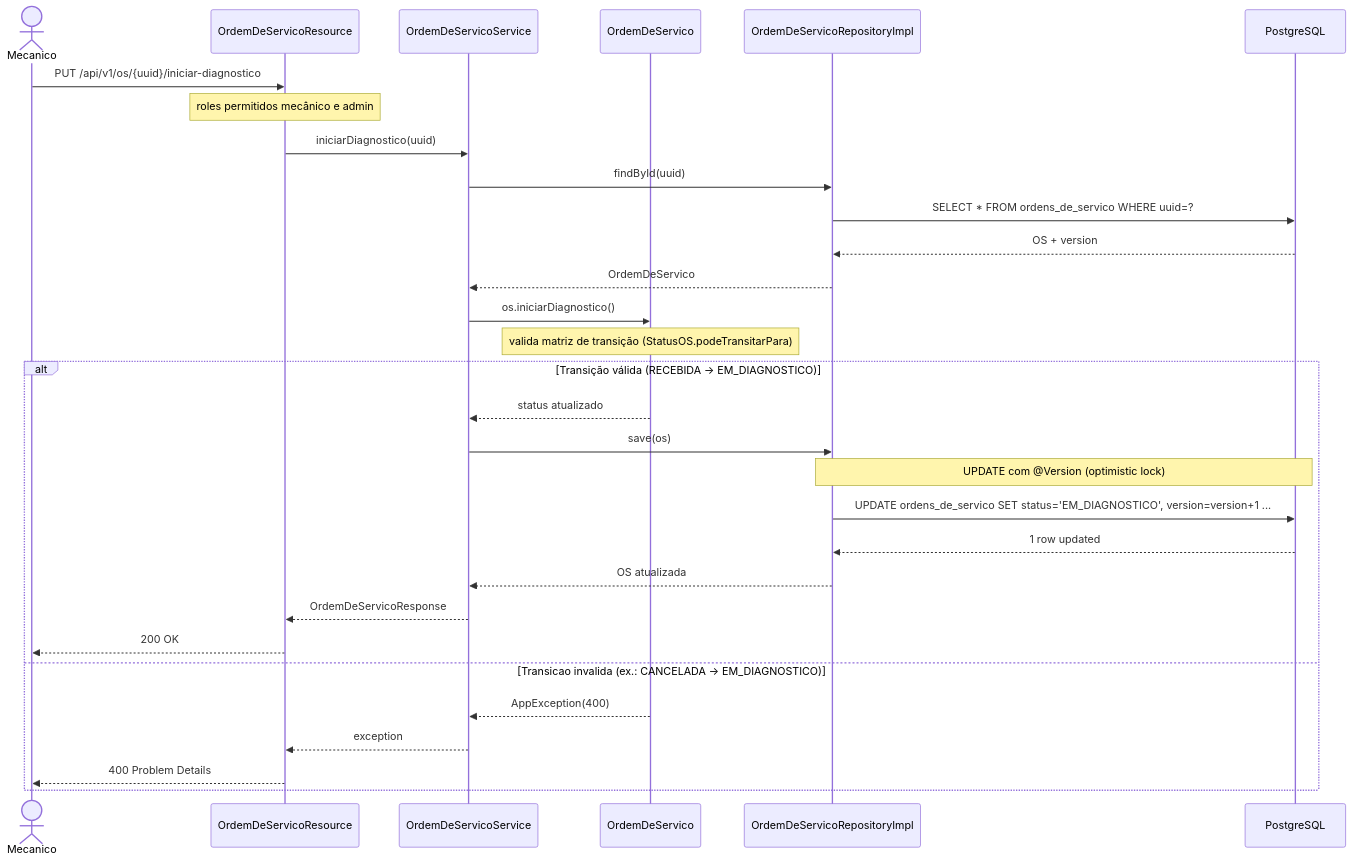
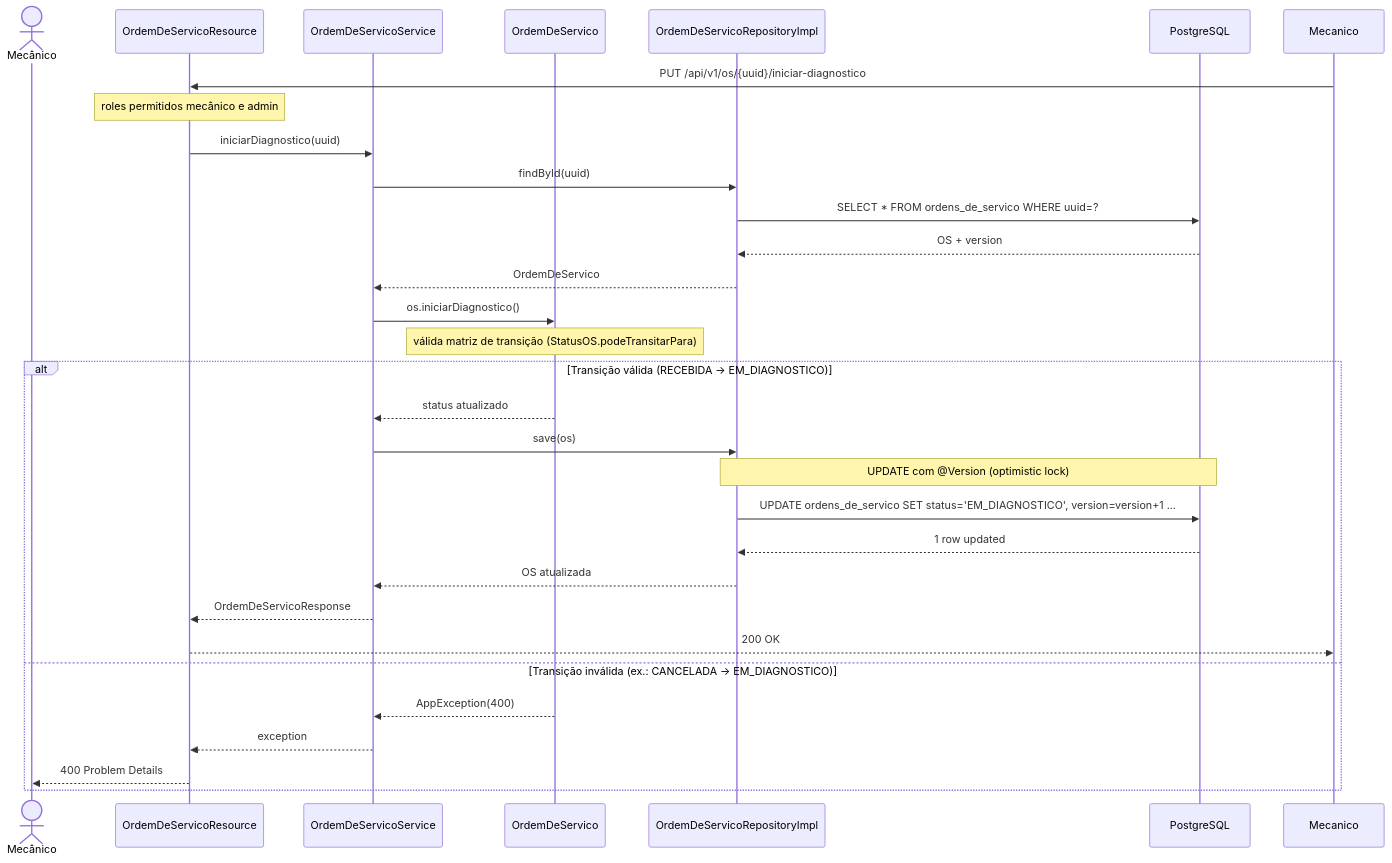
One commit to FIAP-SOFTWARE-ARCHITECTURE-TEAM/Mekano-API changed the diagram in docs/sequence-diagrams/iniciar-diagnostico.md. Above: the diagram before and after it, drawn with Mermaid.

Commit message:
docs: corrige acentuação nos diagramas Mermaid da OS

````diff
--- a/docs/sequence-diagrams/iniciar-diagnostico.md
+++ b/docs/sequence-diagrams/iniciar-diagnostico.md
@@ -5,36 +5,36 @@
 ```mermaid
 sequenceDiagram
-    actor Mecanico
+    actor Mecânico
     participant API as OrdemDeServicoResource
     participant App as OrdemDeServicoService
     participant Domain as OrdemDeServico
     participant Repo as OrdemDeServicoRepositoryImpl
     participant DB as PostgreSQL
 
     Mecanico->>API: PUT /api/v1/os/{uuid}/iniciar-diagnostico
     Note over API: roles permitidos mecânico e admin
 
     API->>App: iniciarDiagnostico(uuid)
     App->>Repo: findById(uuid)
     Repo->>DB: SELECT * FROM ordens_de_servico WHERE uuid=?
     DB-->>Repo: OS + version
     Repo-->>App: OrdemDeServico
 
     App->>Domain: os.iniciarDiagnostico()
-    Note over Domain: valida matriz de transição (StatusOS.podeTransitarPara)
+    Note over Domain: válida matriz de transição (StatusOS.podeTransitarPara)
 
     alt Transição válida (RECEBIDA -> EM_DIAGNOSTICO)
         Domain-->>App: status atualizado
         App->>Repo: save(os)
         Note over Repo,DB: UPDATE com @Version (optimistic lock)
         Repo->>DB: UPDATE ordens_de_servico SET status='EM_DIAGNOSTICO', version=version+1 ...
         DB-->>Repo: 1 row updated
         Repo-->>App: OS atualizada
         App-->>API: OrdemDeServicoResponse
         API-->>Mecanico: 200 OK
-    else Transicao invalida (ex.: CANCELADA -> EM_DIAGNOSTICO)
+    else Transição inválida (ex.: CANCELADA -> EM_DIAGNOSTICO)
         Domain-->>App: AppException(400)
         App-->>API: exception
-        API-->>Mecanico: 400 Problem Details
+        API-->>Mecânico: 400 Problem Details
     end
 ```
````
